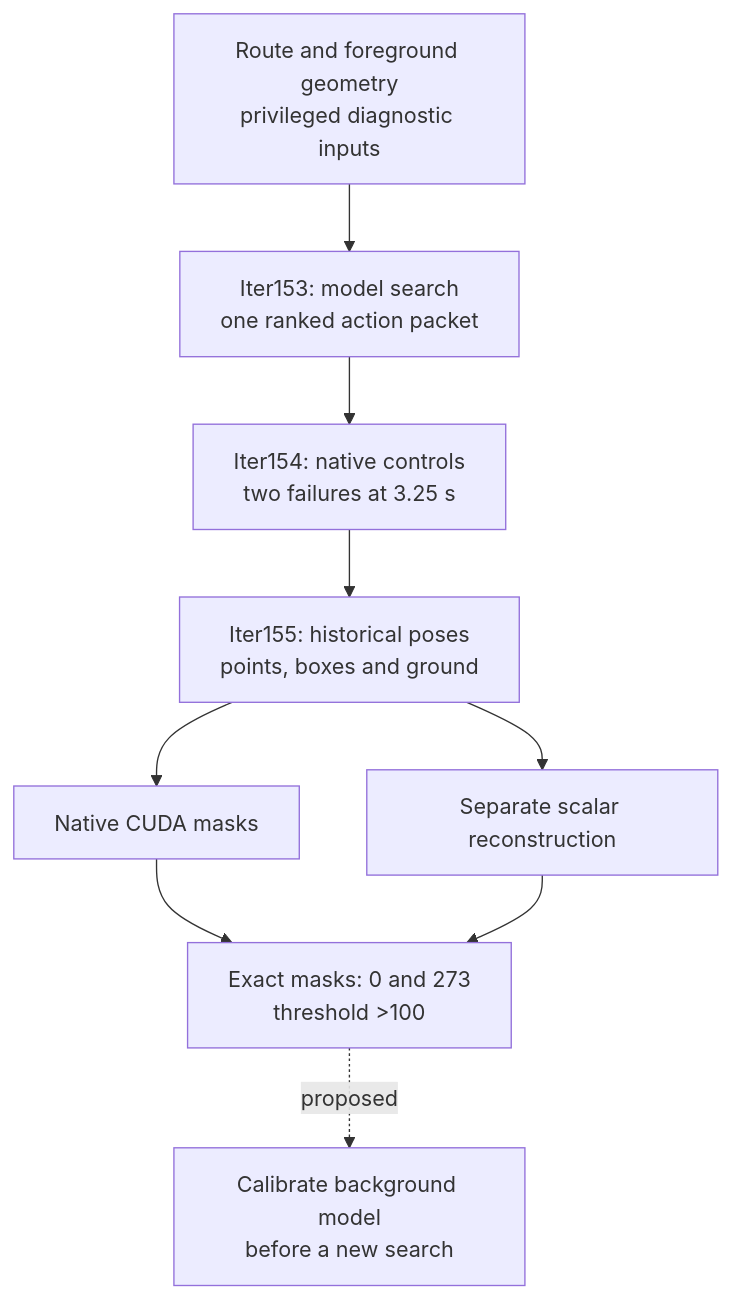
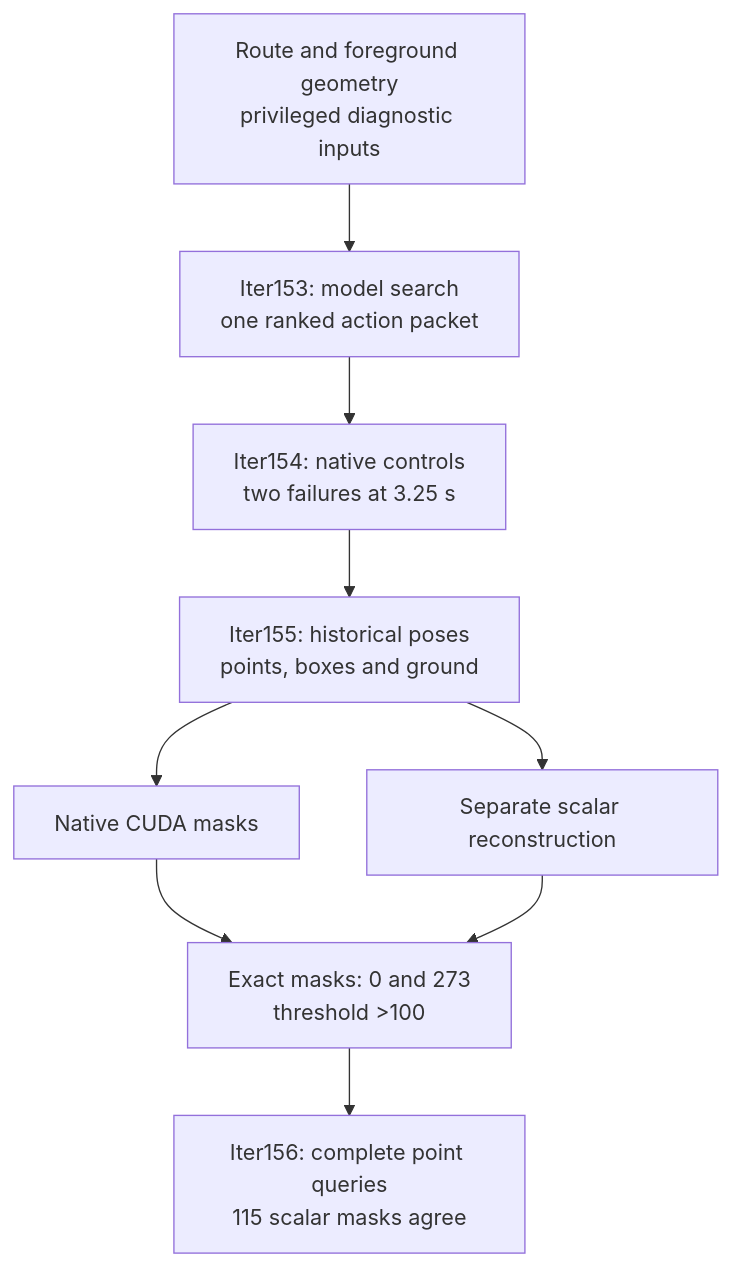
Before and after one commit to manfromnowhere143/sentinel: the fourth of 4 diagrams in docs/ARCHITECTURE.md, drawn with Mermaid. The commit also changed other lines of this file and 36 other files, not shown here.

Commit message:
Close Iter156 finite background calibration with independent replay

````diff
--- a/docs/ARCHITECTURE.md
+++ b/docs/ARCHITECTURE.md
@@ -209,13 +209,13 @@
 ```mermaid
 flowchart TB
   accTitle: The diagnostic model, native test and background witness
   accDescr: A privileged model candidate fails in the native scene. A separate source-point extraction reproduces the collision predicate without a new driving episode.
   G["Route and foreground geometry<br/>privileged diagnostic inputs"] --> M["Iter153: model search<br/>one ranked action packet"]
   M --> N["Iter154: native controls<br/>two failures at 3.25 s"]
   N --> X["Iter155: historical poses<br/>points, boxes and ground"]
   X --> C["Native CUDA masks"]
   X --> S["Separate scalar reconstruction"]
   C --> E["Exact masks: 0 and 273<br/>threshold >100"]
   S --> E
-  E -. "proposed" .-> F["Calibrate background model<br/>before a new search"]
+  E --> F["Iter156: complete point queries<br/>115 scalar masks agree"]
 ```
````
